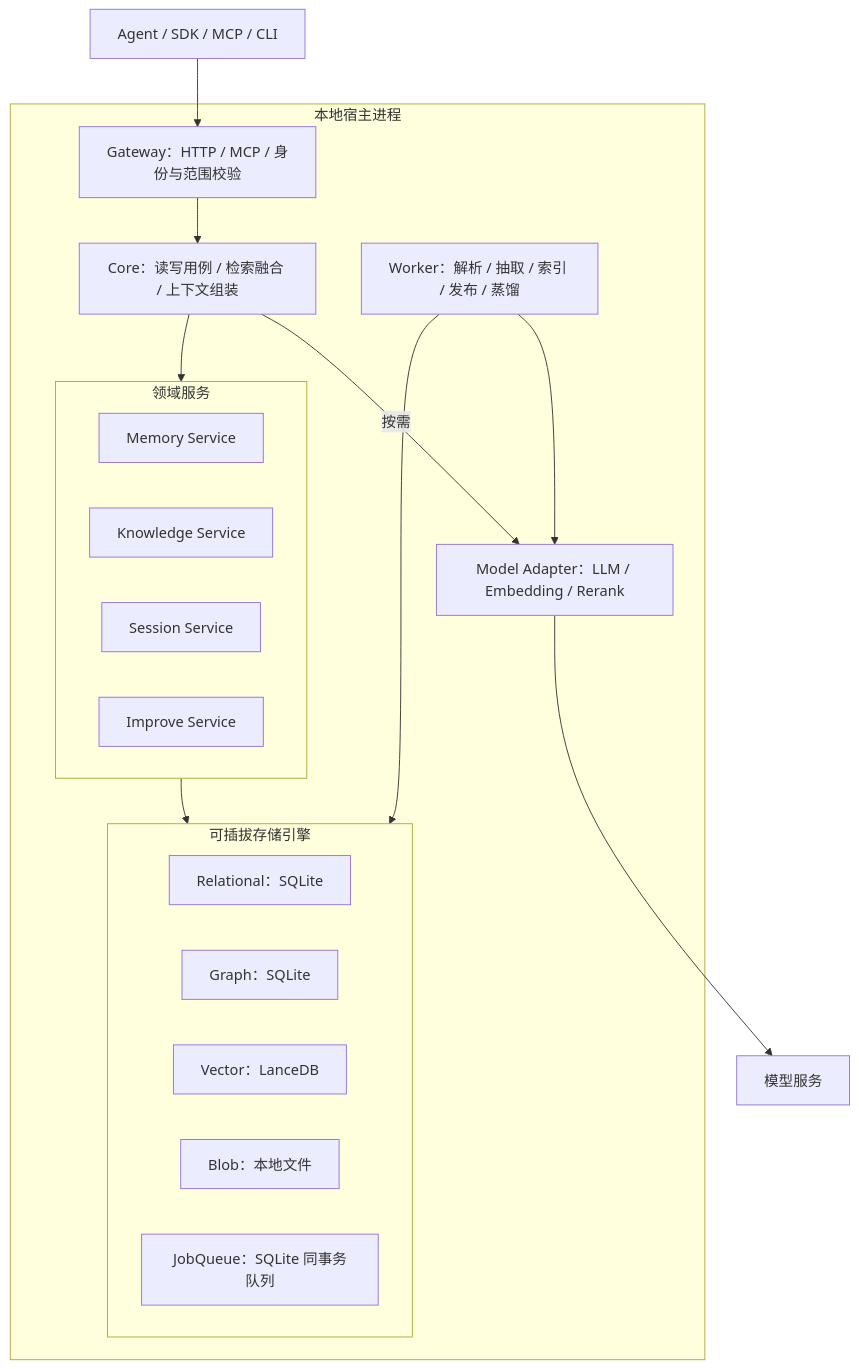
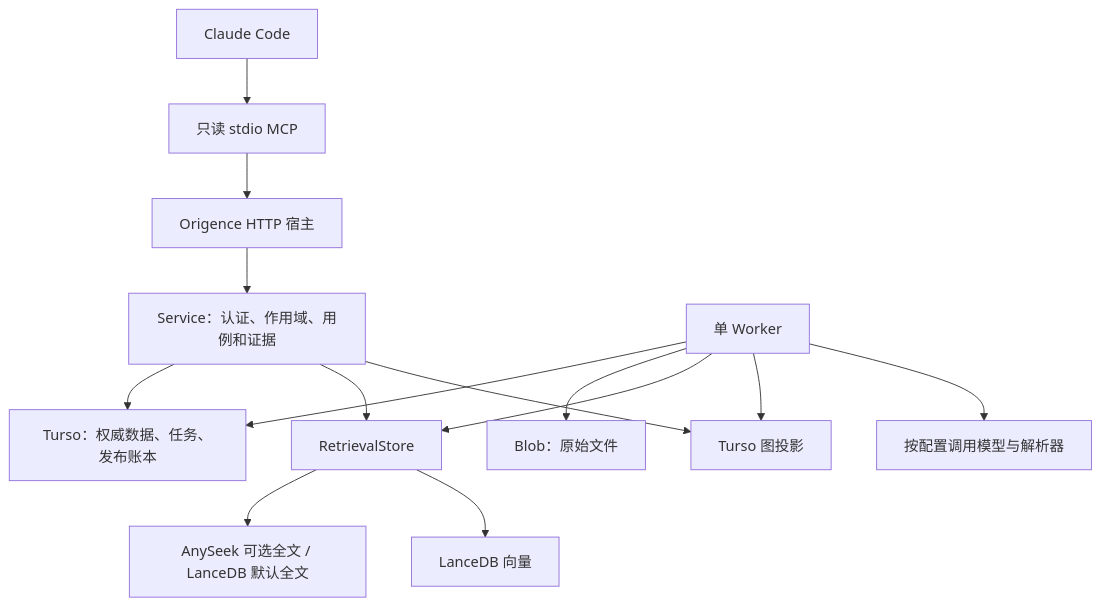
Before and after one commit to TheLudlows/Origence: the diagram in docs/superpowers/specs/2026-09-22-memory-knowledge-platform-design.md, drawn with Mermaid. The commit also changed other lines of this file and 18 other files, not shown here.

Commit message:
fix: bind AnySeek backend selection and reconcile current design and progress

````diff
--- a/docs/superpowers/specs/2026-09-22-memory-knowledge-platform-design.md
+++ b/docs/superpowers/specs/2026-09-22-memory-knowledge-platform-design.md
@@ -68,33 +16,16 @@
 ```mermaid
-flowchart TB
-    Agent[Agent / SDK / MCP / CLI]
-    subgraph Host[本地宿主进程]
-        Gateway[Gateway：HTTP / MCP / 身份与范围校验]
-        Core[Core：读写用例 / 检索融合 / 上下文组装]
-        subgraph Domain[领域服务]
-            Memory[Memory Service]
-            Knowledge[Knowledge Service]
-            Session[Session Service]
-            Improve[Improve Service]
-        end
-        subgraph Engine[可插拔存储引擎]
-            Rel[Relational：SQLite]
-            Graph[Graph：SQLite]
-            Vec[Vector：LanceDB]
-            Blob[Blob：本地文件]
-            Queue[JobQueue：SQLite 同事务队列]
-        end
-        Worker[Worker：解析 / 抽取 / 索引 / 发布 / 蒸馏]
-        Models[Model Adapter：LLM / Embedding / Rerank]
-    end
-    Providers[模型服务]
-
-    Agent --> Gateway
-    Gateway --> Core
-    Core --> Domain
-    Domain --> Engine
-    Worker --> Engine
-    Worker --> Models
-    Core -->|按需| Models
-    Models --> Providers
+flowchart TD
+    C[Claude Code] --> M[只读 stdio MCP]
+    M --> H[Origence HTTP 宿主]
+    H --> S[Service：认证、作用域、用例和证据]
+    S --> A[Turso：权威数据、任务、发布账本]
+    W[单 Worker] --> A
+    W --> B[Blob：原始文件]
+    W --> R[RetrievalStore]
+    S --> R
+    R --> F[AnySeek 可选全文 / LanceDB 默认全文]
+    R --> V[LanceDB 向量]
+    W --> G[Turso 图投影]
+    S --> G
+    W --> P[按配置调用模型与解析器]
 ```
````
